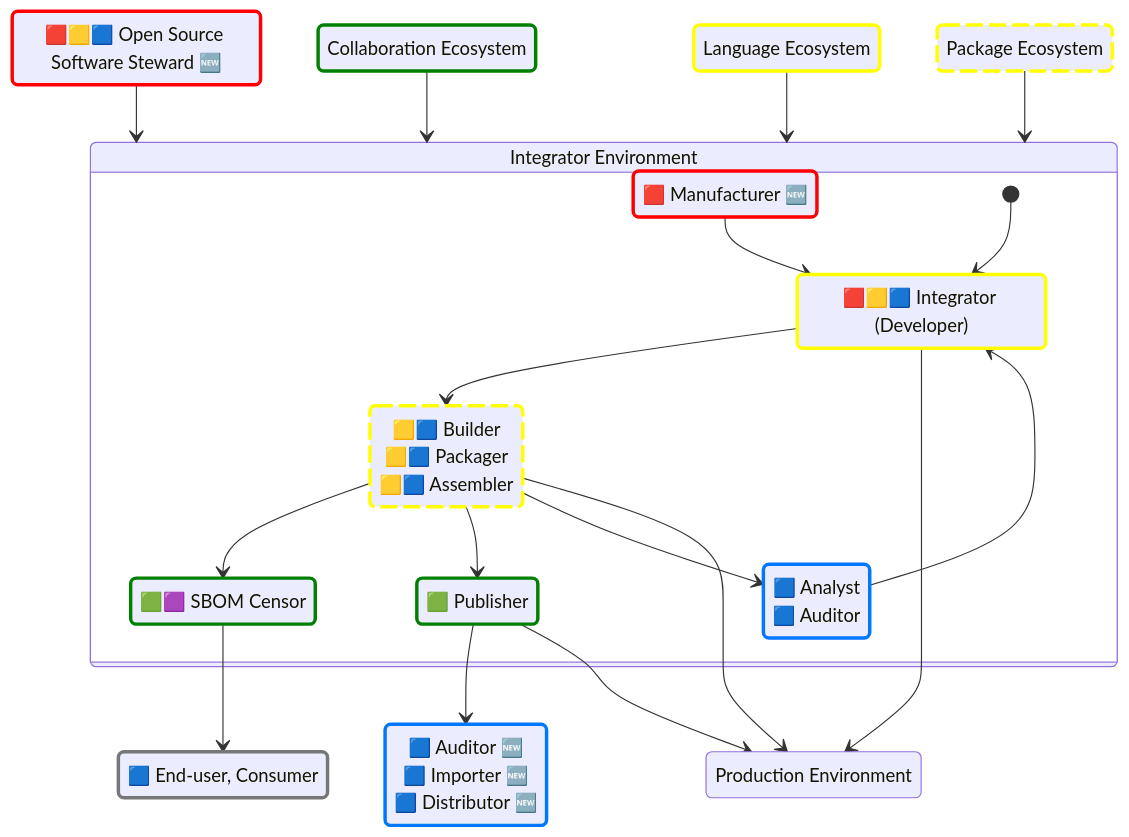
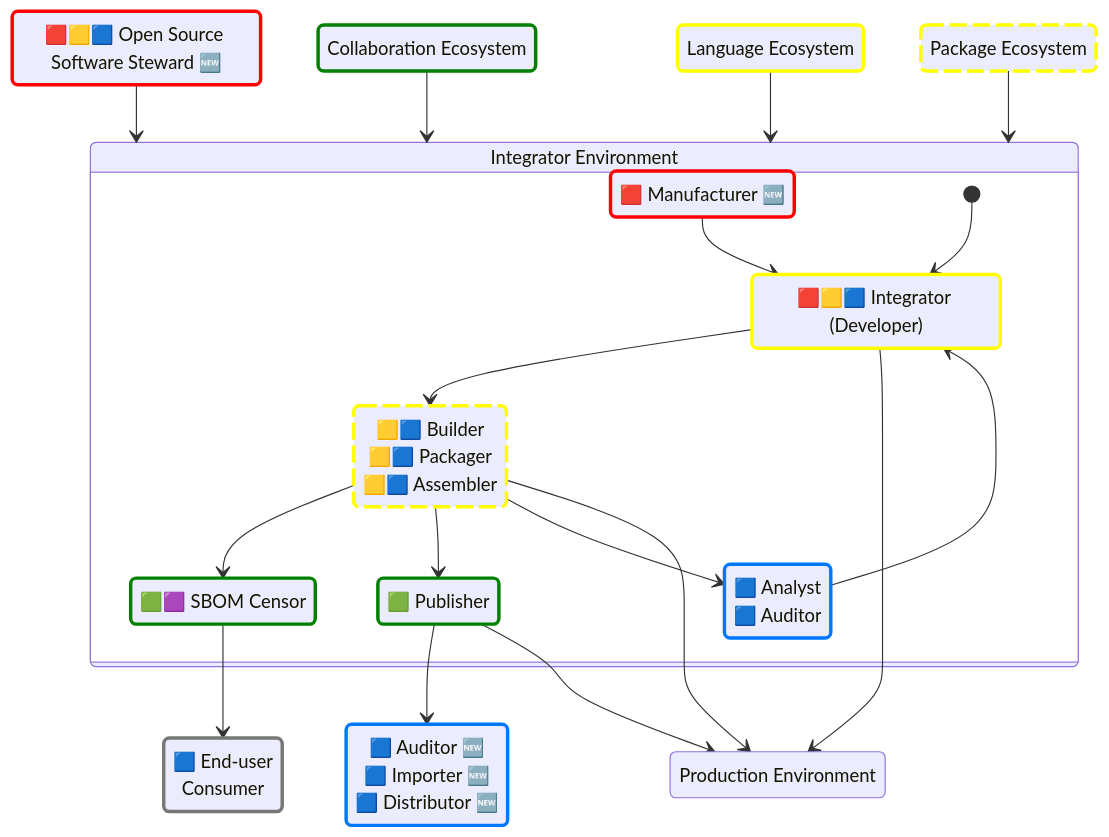
One commit to CPAN-Security/security.metacpan.org changed the fifth of 5 diagrams in docs/supplychain-sbom.md. Above: the diagram before and after it, drawn with Mermaid. The commit also changed other lines of this file, not shown here.

```diff
--- a/docs/supplychain-sbom.md
+++ b/docs/supplychain-sbom.md
@@ -931,7 +947,7 @@
     class integrator_analyst verifiesSBOM
 
     %%
-    state "🟦 End-user, Consumer" as external_consumer
+    state "🟦 End-user<br>Consumer" as external_consumer
     class external_consumer ignoresSBOM
 
     %% Market Authorities
```
